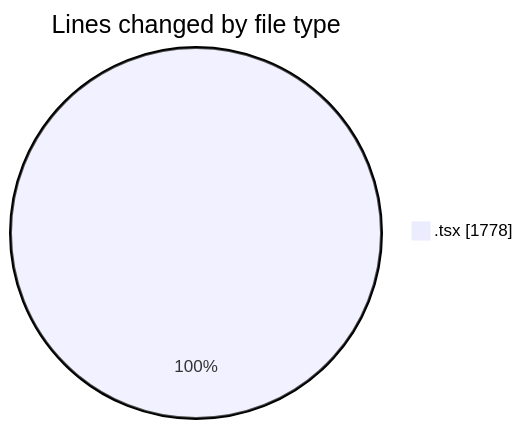
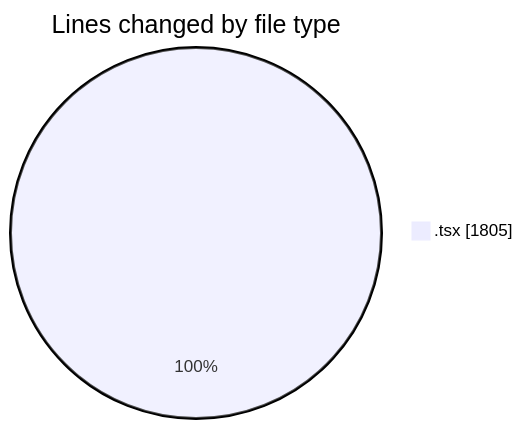
One commit to momahboobian/code-tracking changed the first of 2 diagrams in 2026-08-06/cda/README.md. Above: the diagram before and after it, drawn with Mermaid. The commit also changed other lines of this file and 1 other file, not shown here.

````diff
--- a/2026-08-06/cda/README.md
+++ b/2026-08-06/cda/README.md
@@ -25,5 +26,5 @@
 ```mermaid
 pie showData
 title Lines changed by file type
-".tsx" : 1778
+".tsx" : 1805
 ```
````
